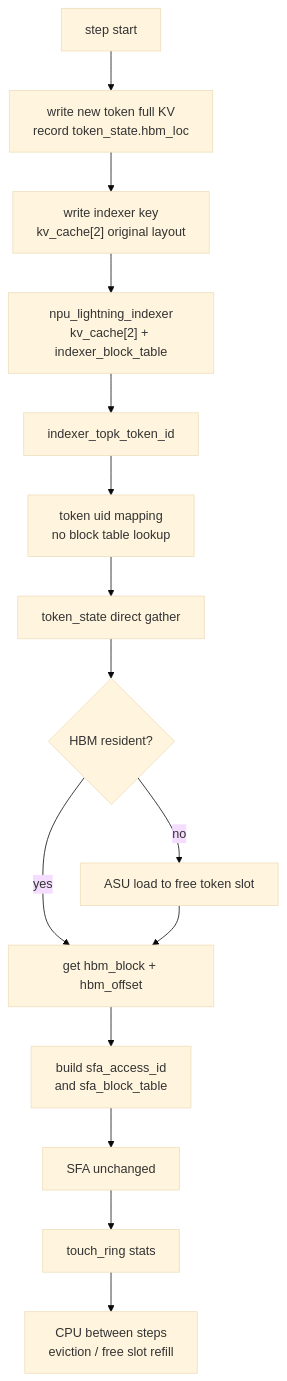
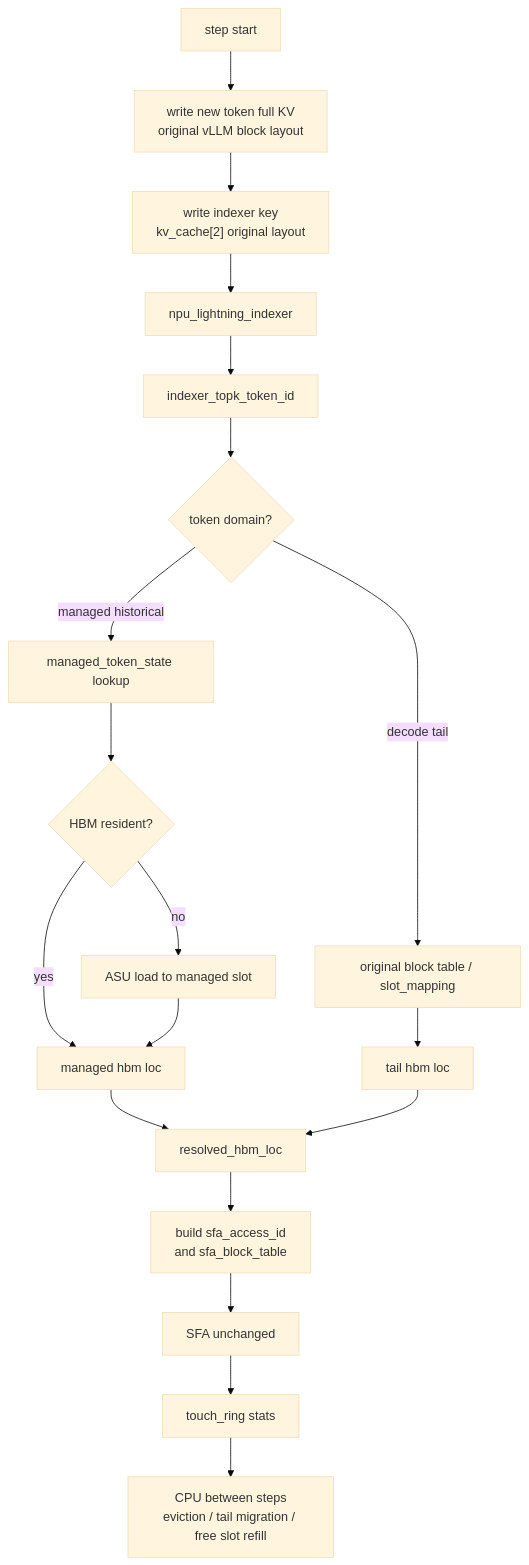
One commit to ykfnxx/ASU-Ascend changed the third of 6 diagrams in docs/draft/2026-06-02-npu-hbm-kvcache-management-draft.md. Above: the diagram before and after it, drawn with Mermaid (base theme). The commit also changed other lines of this file, not shown here.

Commit message:
Split KVCache managed and tail lookup paths

````diff
--- a/docs/draft/2026-06-02-npu-hbm-kvcache-management-draft.md
+++ b/docs/draft/2026-06-02-npu-hbm-kvcache-management-draft.md
@@ -436,17 +462,21 @@
 ```mermaid
 flowchart TB
-    A["step start"] --> B["write new token full KV<br/>record token_state.hbm_loc"]
+    A["step start"] --> B["write new token full KV<br/>original vLLM block layout"]
     B --> C["write indexer key<br/>kv_cache[2] original layout"]
-    C --> D["npu_lightning_indexer<br/>kv_cache[2] + indexer_block_table"]
+    C --> D["npu_lightning_indexer"]
     D --> E["indexer_topk_token_id"]
-    E --> F["token uid mapping<br/>no block table lookup"]
-    F --> G["token_state direct gather"]
+    E --> F{"token domain?"}
+    F -- "managed historical" --> G["managed_token_state lookup"]
     G --> H{"HBM resident?"}
-    H -- "yes" --> I["get hbm_block + hbm_offset"]
-    H -- "no" --> J["ASU load to free token slot"]
+    H -- "yes" --> I["managed hbm loc"]
+    H -- "no" --> J["ASU load to managed slot"]
     J --> I
-    I --> K["build sfa_access_id<br/>and sfa_block_table"]
-    K --> L["SFA unchanged"]
-    L --> M["touch_ring stats"]
-    M --> N["CPU between steps<br/>eviction / free slot refill"]
+    F -- "decode tail" --> K["original block table / slot_mapping"]
+    K --> L["tail hbm loc"]
+    I --> M["resolved_hbm_loc"]
+    L --> M
+    M --> N["build sfa_access_id<br/>and sfa_block_table"]
+    N --> O["SFA unchanged"]
+    O --> P["touch_ring stats"]
+    P --> Q["CPU between steps<br/>eviction / tail migration / free slot refill"]
 ```
````
